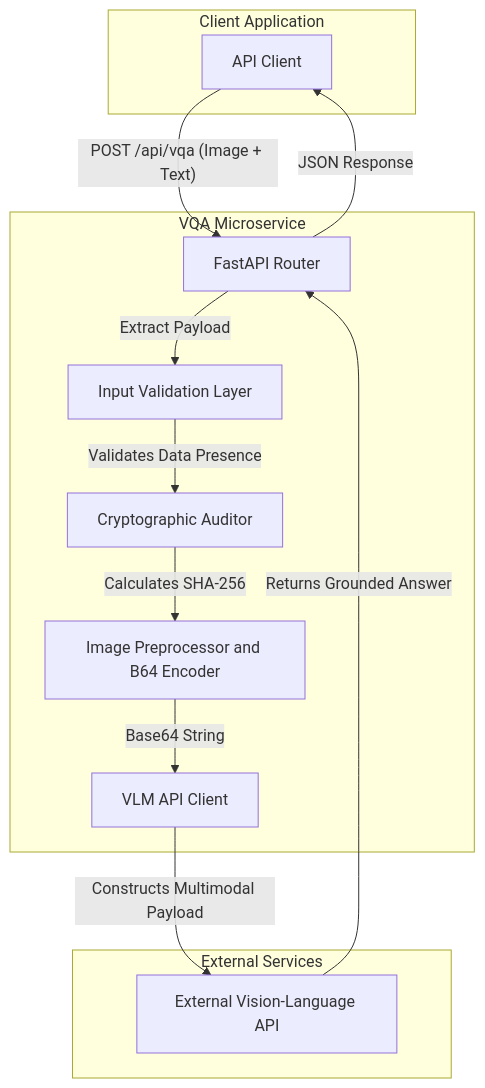
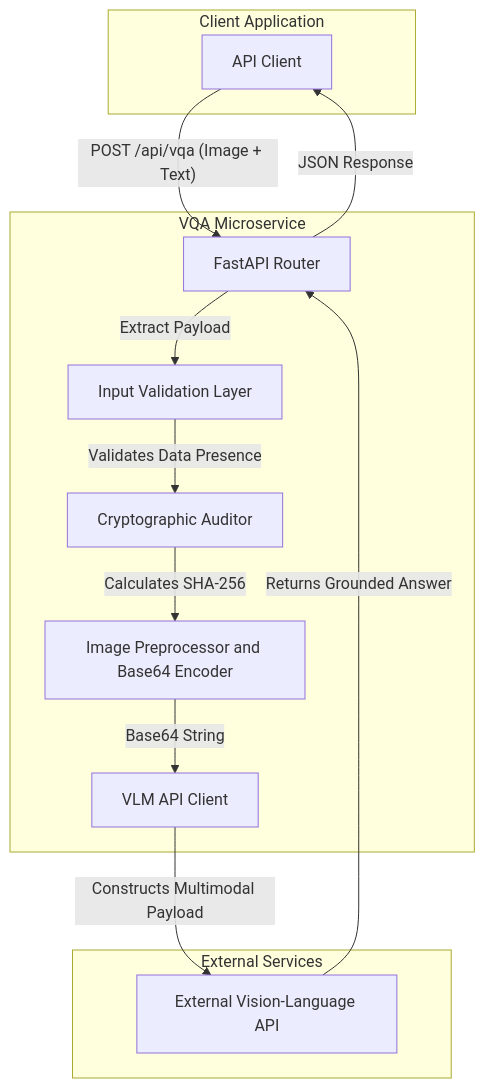
One commit to Rushikesh-5706/Grounded-Visual-Q-A-API-with-FastAPI-and-Vision-Language-Models changed the first of 2 diagrams in README.md. Above: the diagram before and after it, drawn with Mermaid. The commit also changed other lines of this file, not shown here.

````diff
--- a/README.md
+++ b/README.md
@@ -7,24 +7,24 @@
 ```mermaid
 flowchart TD
     subgraph Client["Client Application"]
         A["API Client"]
     end
     subgraph Service["VQA Microservice"]
         B["FastAPI Router"]
         C["Input Validation Layer"]
         D["Cryptographic Auditor"]
-        E["Image Preprocessor and B64 Encoder"]
+        E["Image Preprocessor and Base64 Encoder"]
         F["VLM API Client"]
     end
     subgraph External["External Services"]
         G["External Vision-Language API"]
     end
     A -->|"POST /api/vqa (Image + Text)"| B
     B -->|"Extract Payload"| C
     C -->|"Validates Data Presence"| D
     D -->|"Calculates SHA-256"| E
     E -->|"Base64 String"| F
     F -->|"Constructs Multimodal Payload"| G
     G -->|"Returns Grounded Answer"| B
     B -->|"JSON Response"| A
 ```
````
